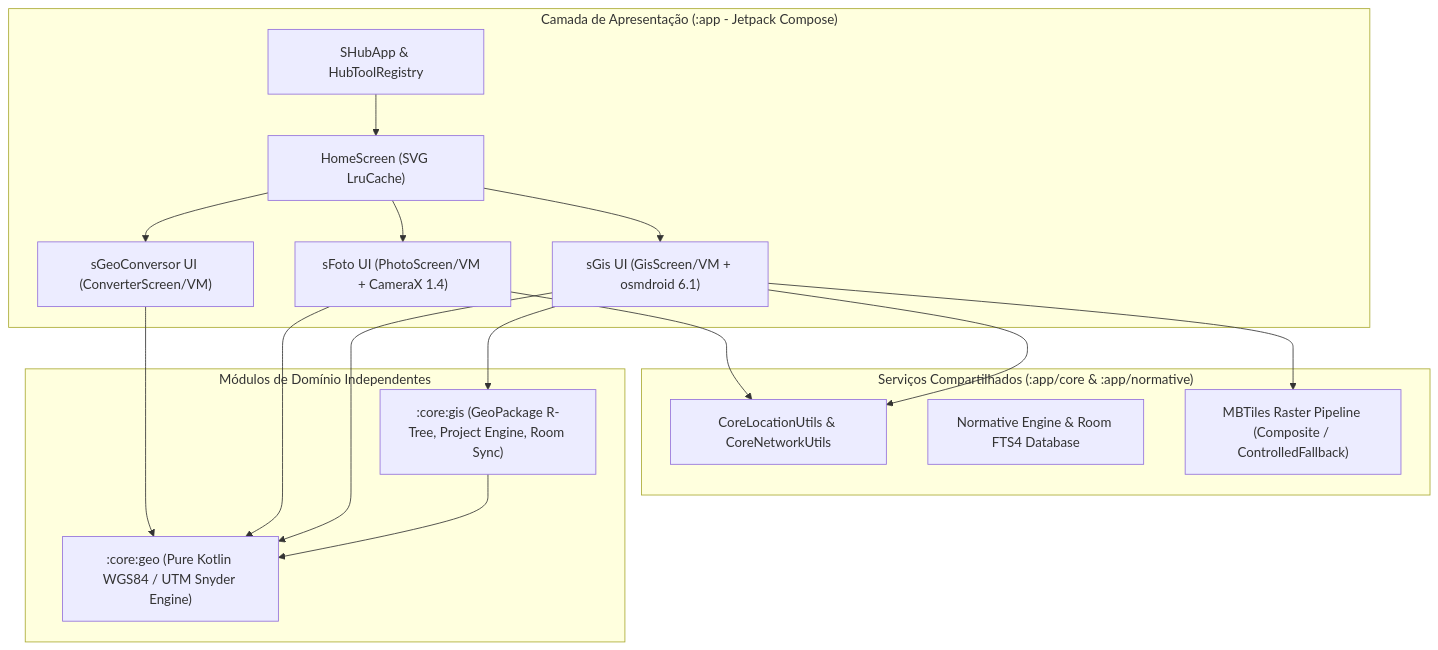
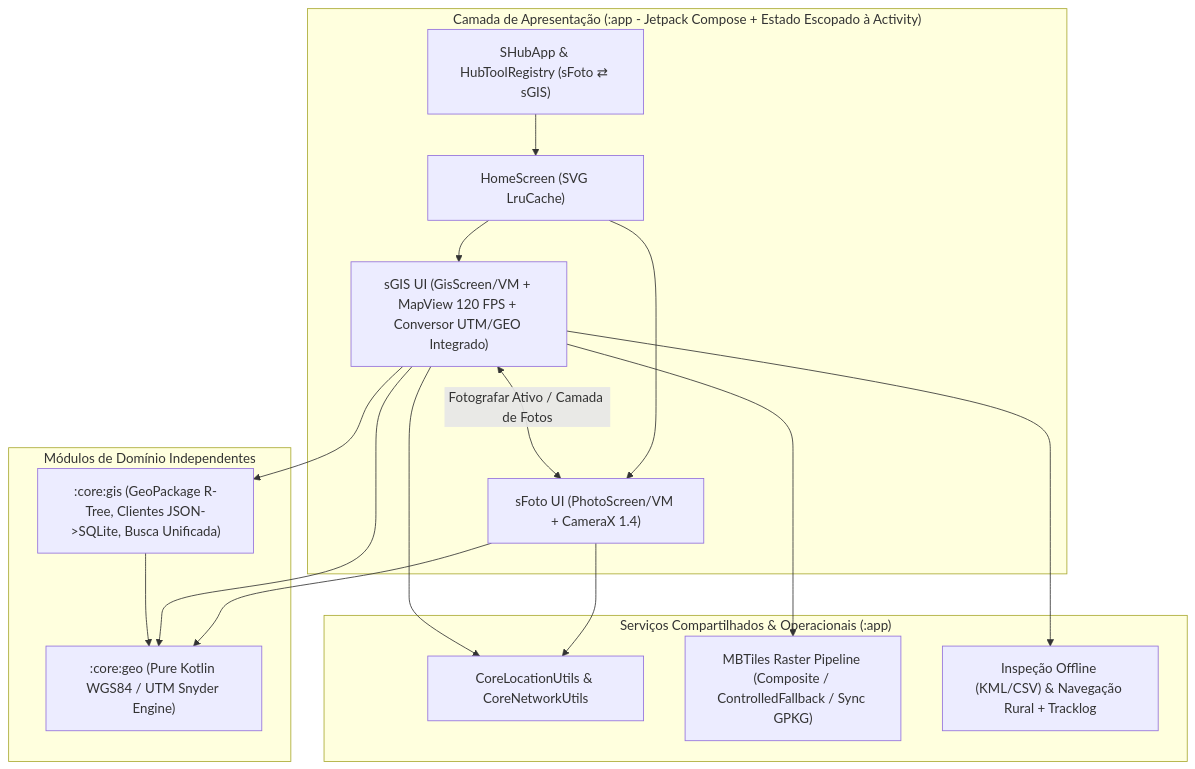
The diagram in docs/architecture/ARCHITECTURE.md (Bruno1991/sHub_App), drawn with Mermaid before and after one commit. The commit also changed other lines of this file and 41 other files, not shown here.

Commit message:
feat(gis): unify sGis & sFoto ecosystem, integrate GeoConverter, add JSON clients search, offline inspections, rural guidance & 120fps vector cache

````diff
--- a/docs/architecture/ARCHITECTURE.md
+++ b/docs/architecture/ARCHITECTURE.md
@@ -12,35 +14,34 @@
 ```mermaid
 flowchart TD
-    subgraph UI["Camada de Apresentação (:app - Jetpack Compose)"]
-        SHubApp["SHubApp & HubToolRegistry"]
+    subgraph UI["Camada de Apresentação (:app - Jetpack Compose + Estado Escopado à Activity)"]
+        SHubApp["SHubApp & HubToolRegistry (sFoto ⇄ sGIS)"]
         HomeScreen["HomeScreen (SVG LruCache)"]
-        ConverterUI["sGeoConversor UI (ConverterScreen/VM)"]
         PhotoUI["sFoto UI (PhotoScreen/VM + CameraX 1.4)"]
-        GisUI["sGis UI (GisScreen/VM + osmdroid 6.1)"]
+        GisUI["sGIS UI (GisScreen/VM + MapView 120 FPS + Conversor UTM/GEO Integrado)"]
     end
 
-    subgraph CoreApp["Serviços Compartilhados (:app/core & :app/normative)"]
+    subgraph CoreApp["Serviços Compartilhados & Operacionais (:app)"]
         CoreLoc["CoreLocationUtils & CoreNetworkUtils"]
-        Normative["Normative Engine & Room FTS4 Database"]
-        GisRasters["MBTiles Raster Pipeline (Composite / ControlledFallback)"]
+        GisRasters["MBTiles Raster Pipeline (Composite / ControlledFallback / Sync GPKG)"]
+        GisOps["Inspeção Offline (KML/CSV) & Navegação Rural + Tracklog"]
     end
 
     subgraph CoreModules["Módulos de Domínio Independentes"]
-        CoreGis[":core:gis (GeoPackage R-Tree, Project Engine, Room Sync)"]
+        CoreGis[":core:gis (GeoPackage R-Tree, Clientes JSON->SQLite, Busca Unificada)"]
         CoreGeo[":core:geo (Pure Kotlin WGS84 / UTM Snyder Engine)"]
     end
 
     SHubApp --> HomeScreen
-    HomeScreen --> ConverterUI
     HomeScreen --> PhotoUI
     HomeScreen --> GisUI
+    GisUI <-->|"Fotografar Ativo / Camada de Fotos"| PhotoUI
 
-    ConverterUI --> CoreGeo
     PhotoUI --> CoreLoc
     PhotoUI --> CoreGeo
     GisUI --> CoreLoc
     GisUI --> GisRasters
+    GisUI --> GisOps
     GisUI --> CoreGis
     GisUI --> CoreGeo
     CoreGis --> CoreGeo
 ```
````
